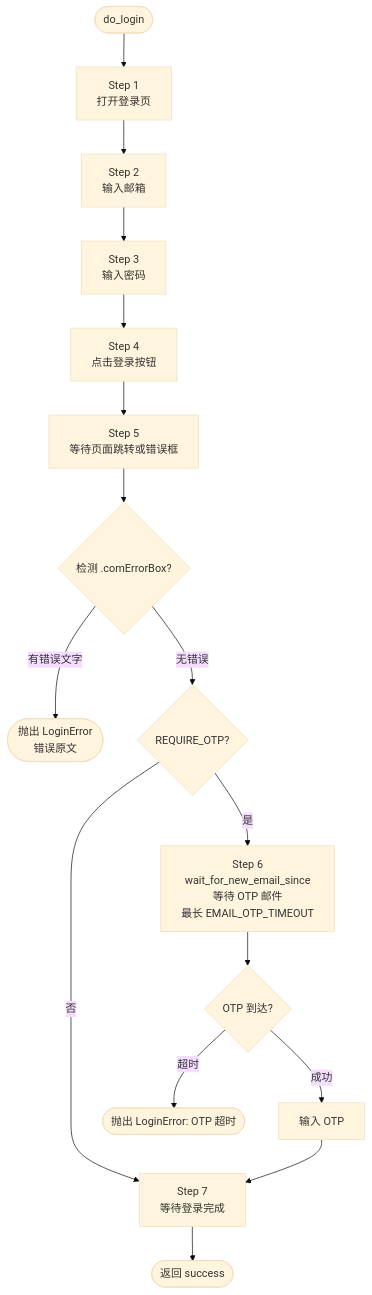
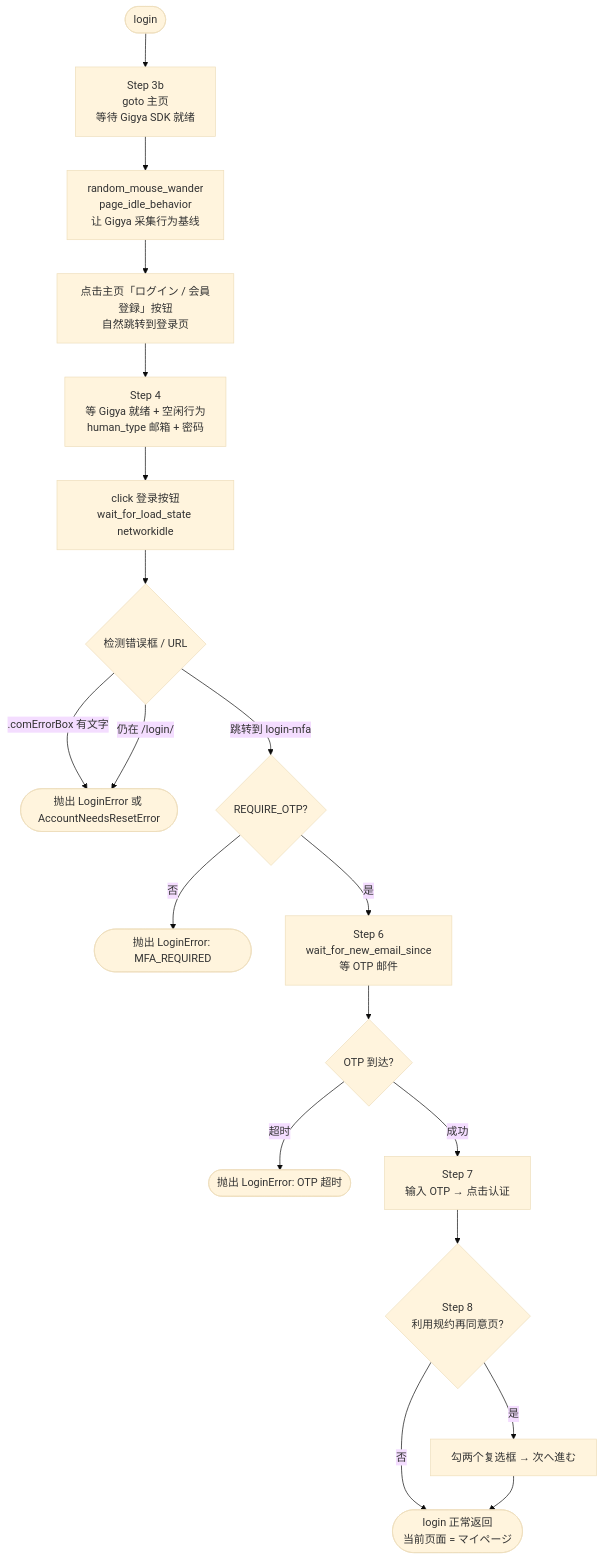
Before and after one commit to chenkeweii/autopokenmon: the fourth of 7 diagrams in README.md, drawn with Mermaid (base theme). The commit also changed other lines of this file and 339 other files, not shown here.

````diff
--- a/README.md
+++ b/README.md
@@ -199,18 +202,21 @@
 ```mermaid
 flowchart TD
-    A([do_login]) --> B[Step 1\n打开登录页]
-    B --> C[Step 2\n输入邮箱]
-    C --> D[Step 3\n输入密码]
-    D --> E[Step 4\n点击登录按钮]
-    E --> F[Step 5\n等待页面跳转或错误框]
-    F --> G{检测 .comErrorBox?}
-    G -- 有错误文字 --> H([抛出 LoginError\n错误原文])
-    G -- 无错误 --> I{REQUIRE_OTP?}
-    I -- 否 --> J[Step 7\n等待登录完成]
-    I -- 是 --> K[Step 6\nwait_for_new_email_since\n等待 OTP 邮件\n最长 EMAIL_OTP_TIMEOUT]
+    A([login]) --> B[Step 3b\ngoto 主页\n等待 Gigya SDK 就绪]
+    B --> C[random_mouse_wander\npage_idle_behavior\n让 Gigya 采集行为基线]
+    C --> D[点击主页「ログイン / 会員登録」按钮\n自然跳转到登录页]
+    D --> E[Step 4\n等 Gigya 就绪 + 空闲行为\nhuman_type 邮箱 + 密码]
+    E --> F[click 登录按钮\nwait_for_load_state networkidle]
+    F --> G{检测错误框 / URL}
+    G -- .comErrorBox 有文字 --> H([抛出 LoginError 或 AccountNeedsResetError])
+    G -- 仍在 /login/ --> H
+    G -- 跳转到 login-mfa --> I{REQUIRE_OTP?}
+    I -- 否 --> J([抛出 LoginError: MFA_REQUIRED])
+    I -- 是 --> K[Step 6\nwait_for_new_email_since\n等 OTP 邮件]
     K --> L{OTP 到达?}
     L -- 超时 --> M([抛出 LoginError: OTP 超时])
-    L -- 成功 --> N[输入 OTP]
-    N --> J
-    J --> O([返回 success])
+    L -- 成功 --> N[Step 7\n输入 OTP → 点击认证]
+    N --> O{Step 8\n利用规约再同意页?}
+    O -- 是 --> P[勾两个复选框 → 次へ進む]
+    O -- 否 --> Q([login 正常返回\n当前页面 = マイページ])
+    P --> Q
 ```
````
